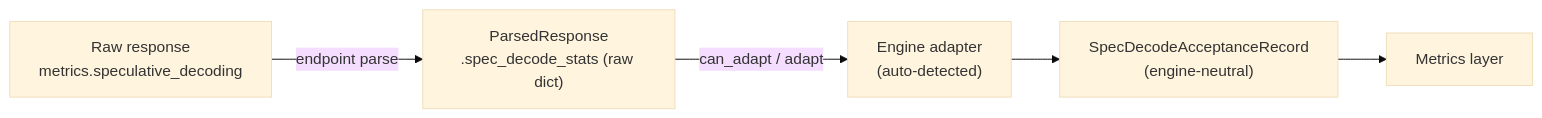
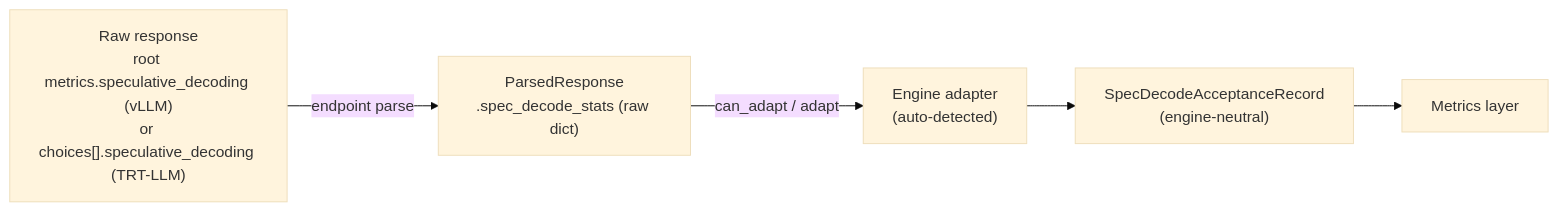
The diagram in docs/reference/spec-decode-acceptance.md (MarloweAI/aiperf), drawn with Mermaid (base theme) before and after one commit. The commit also changed other lines of this file and 21 other files, not shown here.

````diff
--- a/docs/reference/spec-decode-acceptance.md
+++ b/docs/reference/spec-decode-acceptance.md
@@ -67,9 +89,9 @@
 ```mermaid
 flowchart LR
-    R["Raw response<br/>metrics.speculative_decoding"]
+    R["Raw response<br/>root metrics.speculative_decoding (vLLM)<br/>or choices[].speculative_decoding (TRT-LLM)"]
     P["ParsedResponse<br/>.spec_decode_stats (raw dict)"]
     A["Engine adapter<br/>(auto-detected)"]
     N["SpecDecodeAcceptanceRecord<br/>(engine-neutral)"]
     M["Metrics layer"]
     R -->|endpoint parse| P -->|can_adapt / adapt| A --> N --> M
 ```
````
